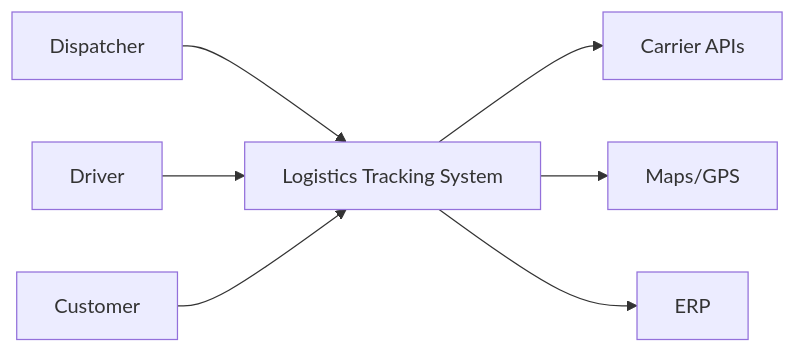
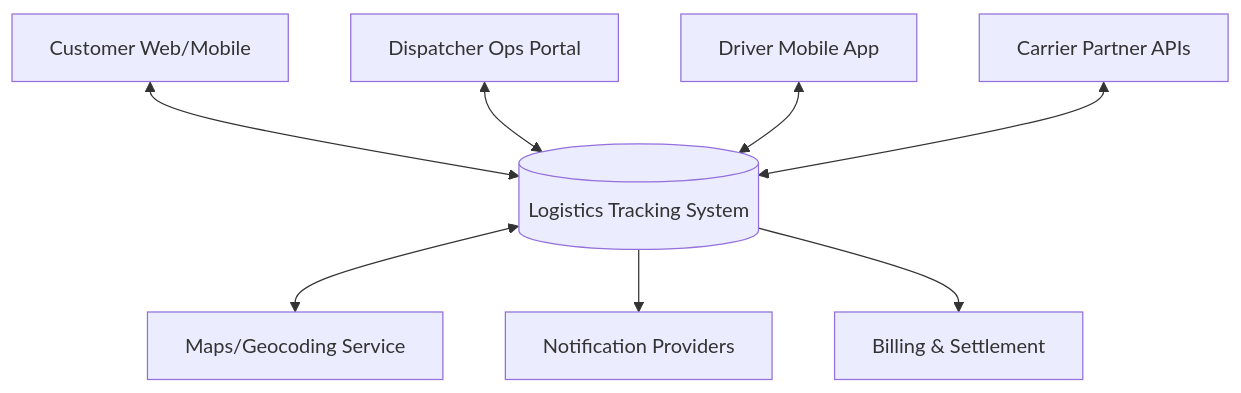
One commit to 0Ankit0/Project-Ideas changed the diagram in Logistics Tracking System/analysis/system-context-diagram.md. Above: the diagram before and after it, drawn with Mermaid. The commit also changed other lines of this file and 36 other files, not shown here.

Commit message:
Deepen logistics docs with implementation-ready diagrams and operations guidance

````diff
--- a/Logistics Tracking System/analysis/system-context-diagram.md
+++ b/Logistics Tracking System/analysis/system-context-diagram.md
@@ -3,9 +3,18 @@
 ```mermaid
-flowchart LR
-  Dispatcher --> LTS[Logistics Tracking System]
-  Driver --> LTS
-  Customer --> LTS
-  LTS --> Carrier[Carrier APIs]
-  LTS --> Maps[Maps/GPS]
-  LTS --> ERP
+flowchart TB
+  CustomerApp[Customer Web/Mobile]
+  OpsPortal[Dispatcher Ops Portal]
+  DriverApp[Driver Mobile App]
+  CarrierAPI[Carrier Partner APIs]
+  Maps[Maps/Geocoding Service]
+  Notif[Notification Providers]
+  Billing[Billing & Settlement]
+  LTS[(Logistics Tracking System)]
+  CustomerApp <--> LTS
+  OpsPortal <--> LTS
+  DriverApp <--> LTS
+  CarrierAPI <--> LTS
+  LTS <--> Maps
+  LTS --> Notif
+  LTS --> Billing
 ```
````
